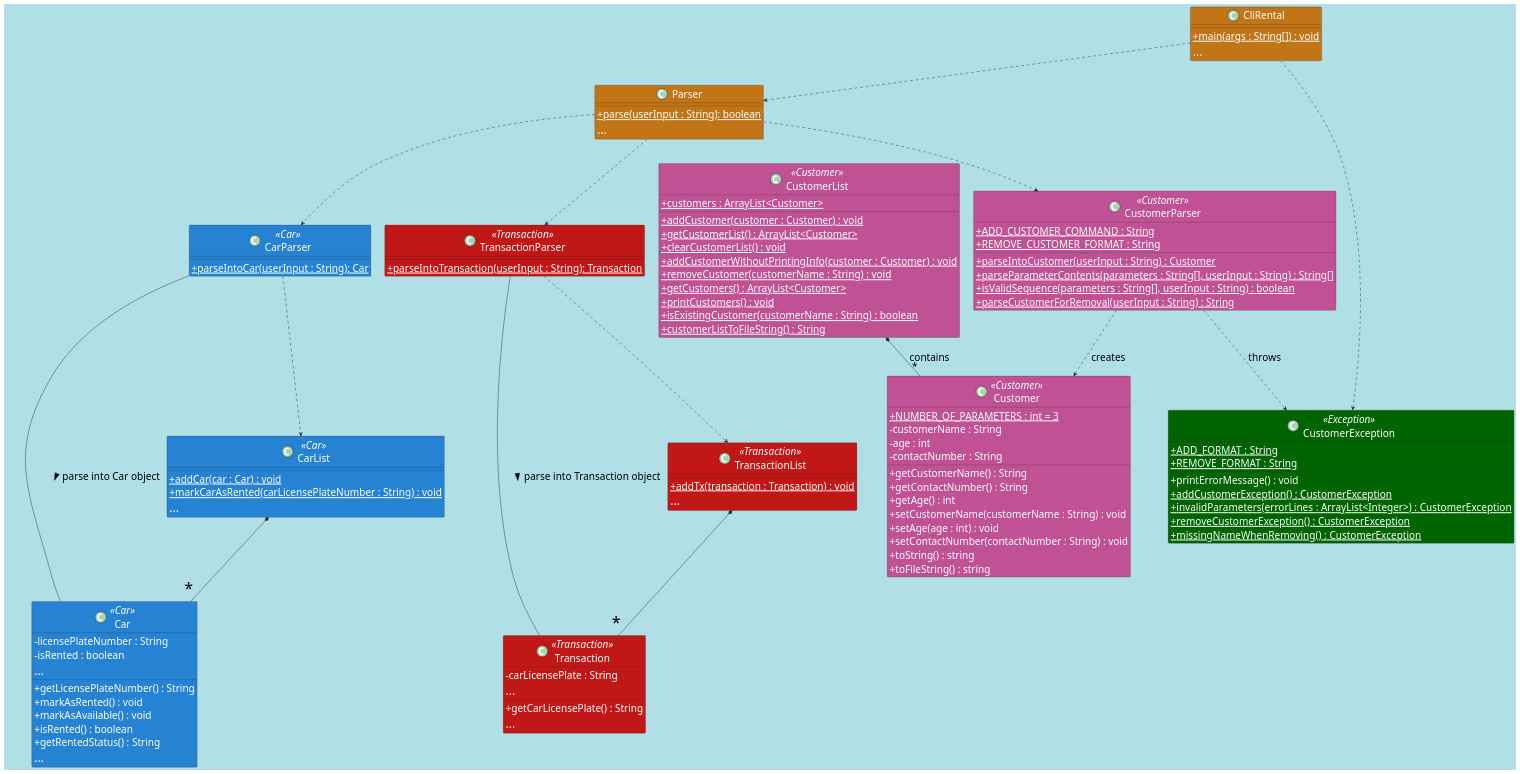
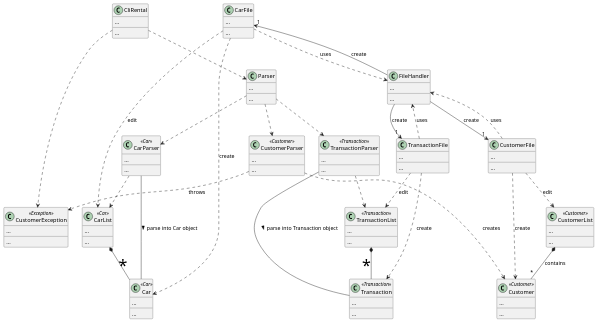
Before and after one commit to rexkoh425/tp: the diagram in docs/diagrams/Overall.puml, drawn with PlantUML. The commit also changed 1 other file, not shown here.

Commit message:
Update UML pictures

```diff
--- a/docs/diagrams/Overall.puml
+++ b/docs/diagrams/Overall.puml
@@ -1,135 +1,120 @@
 @startuml
 'https://plantuml.com/class-diagram
 
-skinparam {
-classAttributeIconSize 0
-defaultFontColor white
-defaultFontSize 25
-backgroundColor PowderBlue
-ArrowFontSize 25
-ArrowFontColor black
-}
-
-skinparam class {
-BackgroundColor #c27517
-BackgroundColor<<Car>> #2683d4
-BackgroundColor<<Transaction>> #c21717
-BackgroundColor<<Customer>> #c15195
-BackgroundColor<<Exception>> #006400
-}
 
 class CliRental {
-{method}{static} +main(args : String[]) : void
-{method}<font size=30>...
+   {field}...
+   {method}...
 }
 
 class Parser {
-{method}{static} +parse(userInput : String): boolean
-{method}<font size=30>...
+    {field}...
+    {method}...
 }
 class CarParser <<Car>>{
-{method}{static} +parseIntoCar(userInput : String): Car
+   {field}...
+   {method}...
 }
 
 class TransactionParser <<Transaction>>{
-{method}{static} +parseIntoTransaction(userInput : String): Transaction
+   {field}...
+   {method}...
 }
 
 class Car <<Car>>{
-{field} -licensePlateNumber : String
-{field} -isRented : boolean
-<font size=30>...
-{method} +getLicensePlateNumber() : String
-{method} +markAsRented() : void
-{method} +markAsAvailable() : void
-{method} +isRented() : boolean
-{method} +getRentedStatus() : String
-{method}<font size=30>...
+   {field}...
+   {method}...
 }
 
 class Transaction <<Transaction>>{
-{field} -carLicensePlate : String
-<font size=30>...
-{method} +getCarLicensePlate() : String
-{method}<font size=30>...
+   {field}...
+   {method}...
 }
 
 class CarList <<Car>>{
-{method}{static} +addCar(car : Car) : void
-{method}{static} +markCarAsRented(carLicensePlateNumber : String) : void
-{method}<font size=30>...
+   {field}...
+   {method}...
 }
 
 class TransactionList <<Transaction>>{
-{method}{static} +addTx(transaction : Transaction) : void
-{method}<font size=30>...
+   {field}...
+   {method}...
 }
 
 class Customer <<Customer>> {
-    {field}{static} +NUMBER_OF_PARAMETERS : int = 3
-    {field}  -customerName : String
-    {field}  -age : int
-    {field}  -contactNumber : String
-    {method} +getCustomerName() : String
-    {method} +getContactNumber() : String
-    {method} +getAge() : int
-    {method} +setCustomerName(customerName : String) : void
-    {method} +setAge(age : int) : void
-    {method} +setContactNumber(contactNumber : String) : void
-    {method} +toString() : string
-    {method} +toFileString() : string
+   {field}...
+   {method}...
 }
 
 class CustomerList <<Customer>> {
-    {field}{static}  +customers : ArrayList<Customer>
-    {method}{static} +addCustomer(customer : Customer) : void
-    {method}{static} +getCustomerList() : ArrayList<Customer>
-    {method}{static} +clearCustomerList() : void
-    {method}{static} +addCustomerWithoutPrintingInfo(customer : Customer) : void
-    {method}{static} +removeCustomer(customerName : String) : void
-    {method}{static} +getCustomers() : ArrayList<Customer>
-    {method}{static} +printCustomers() : void
-    {method}{static} +isExistingCustomer(customerName : String) : boolean
-    {method}{static} +customerListToFileString() : String
+   {field}...
+   {method}...
 }
 
 class CustomerParser <<Customer>> {
-    {field}{static}  +ADD_CUSTOMER_COMMAND : String
-    {field}{static}  +REMOVE_CUSTOMER_FORMAT : String
-    {method}{static} +parseIntoCustomer(userInput : String) : Customer
-    {method}{static} +parseParameterContents(parameters : String[], userInput : String) : String[]
-    {method}{static} +isValidSequence(parameters : String[], userInput : String) : boolean
-    {method}{static} +parseCustomerForRemoval(userInput : String) : String
+   {field}...
+   {method}...
 }
 
 class CustomerException <<Exception>> {
-    {field}{static} +ADD_FORMAT : String
-    {field}{static} +REMOVE_FORMAT : String
-    {method} +printErrorMessage() : void
-    {method}{static} +addCustomerException() : CustomerException
-    {method}{static} +invalidParameters(errorLines : ArrayList<Integer>) : CustomerException
-    {method}{static} +removeCustomerException() : CustomerException
-    {method}{static} +missingNameWhenRemoving() : CustomerException
+   {field}...
+   {method}...
 }
+
+class FileHandler {
+   {field}...
+   {method}...
+}
+
+class CarFile {
+  {field}...
+  {method}...
+}
+
+class CustomerFile {
+    {field}...
+    {method}...
+}
+
+class TransactionFile {
+   {field}...
+   {method}...
+}
+
+FileHandler --> "1" CarFile : "create"
+FileHandler --> "1" CustomerFile : "create"
+FileHandler --> "1" TransactionFile : "create"
+
+CarFile ..> CarList : "edit"
+CarFile ..> Car : "create"
+CarFile ..> FileHandler : "uses"
+
+CustomerFile ..> CustomerList : "edit"
+CustomerFile ..> FileHandler : "uses"
+CustomerFile ..> Customer : "create"
+
+TransactionFile ..> TransactionList : "edit"
+TransactionFile ..> Transaction : "create"
+TransactionFile ..> FileHandler : "uses"
 
 CliRental ..> Parser
 CliRental ..> CustomerException
 
 Parser ..> CarParser
 Parser ..> TransactionParser
 Parser ..> CustomerParser
 
 CarParser -- Car: <font color=black>parse into Car object >
 CarParser ..> CarList
 
 TransactionParser -- Transaction : parse into Transaction object >
 TransactionParser ..> TransactionList
 
 CarList *-- "<font color=black size=40>*" Car
 TransactionList *-- "<font color=black size=40>*" Transaction
 
 CustomerParser ..> Customer : "creates"
 CustomerParser ..> CustomerException : "throws"
 
 CustomerList  *-- "*" Customer : "contains"
 @enduml
```
